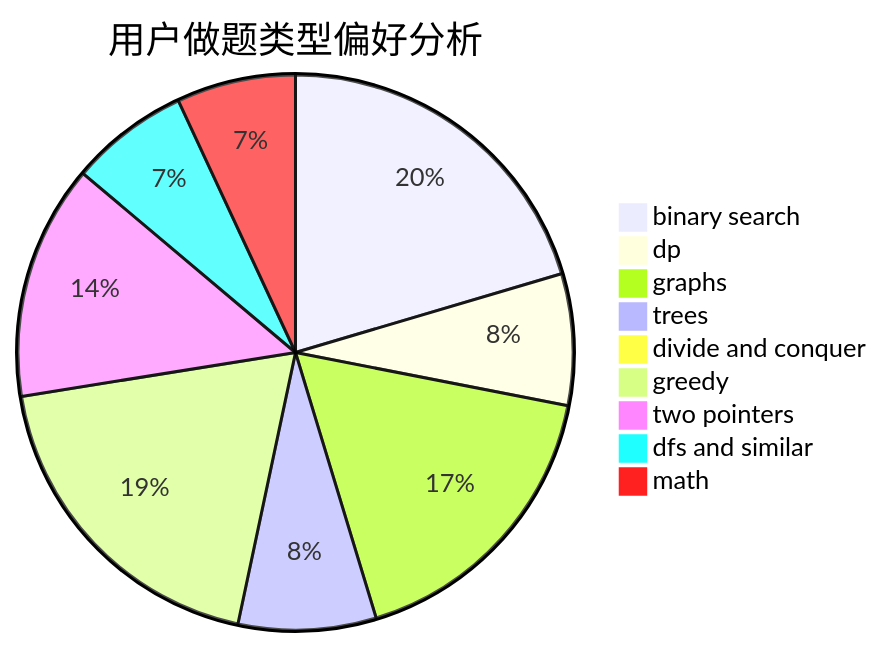
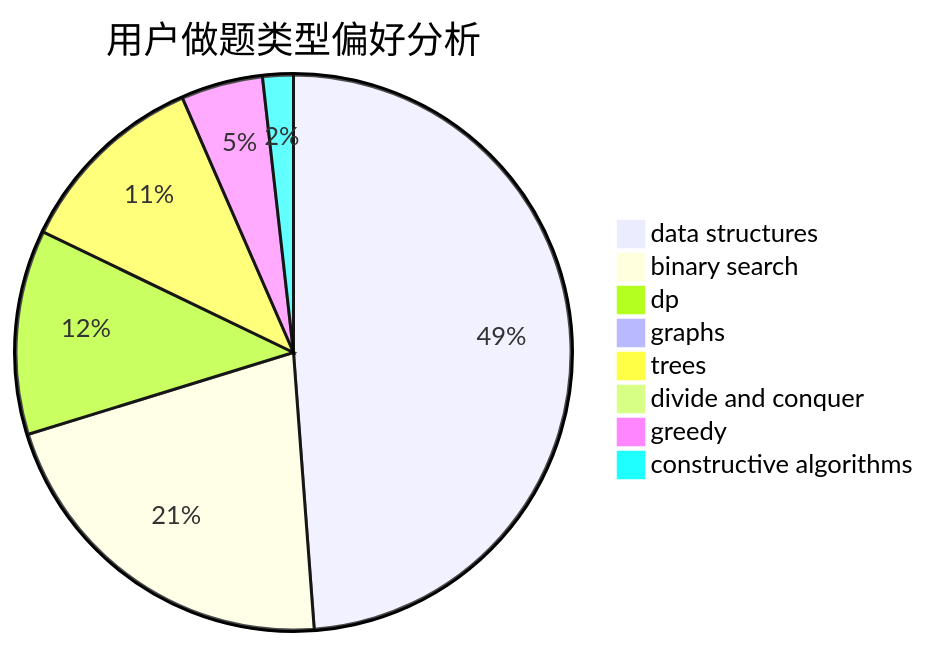
Before and after one commit to sherpahu/cfrs.github.io: the second of 3 diagrams in docs/user/u1678.md, drawn with Mermaid. The commit also changed other lines of this file and 2775 other files, not shown here.

````diff
--- a/docs/user/u1678.md
+++ b/docs/user/u1678.md
@@ -23,12 +23,11 @@
 ```mermaid
 pie title 用户做题类型偏好分析
-    "binary search" :  224
-    "dp" :  84
-    "graphs" :  189
-    "trees" :  88
+    "data structures" :  82
+    "binary search" :  36
+    "dp" :  20
+    "graphs" :  0
+    "trees" :  19
     "divide and conquer" :  0
-    "greedy" :  210
-    "two pointers" :  150
-    "dfs and similar" :  76
-    "math" :  76
+    "greedy" :  8
+    "constructive algorithms" :  3
 ```
````
